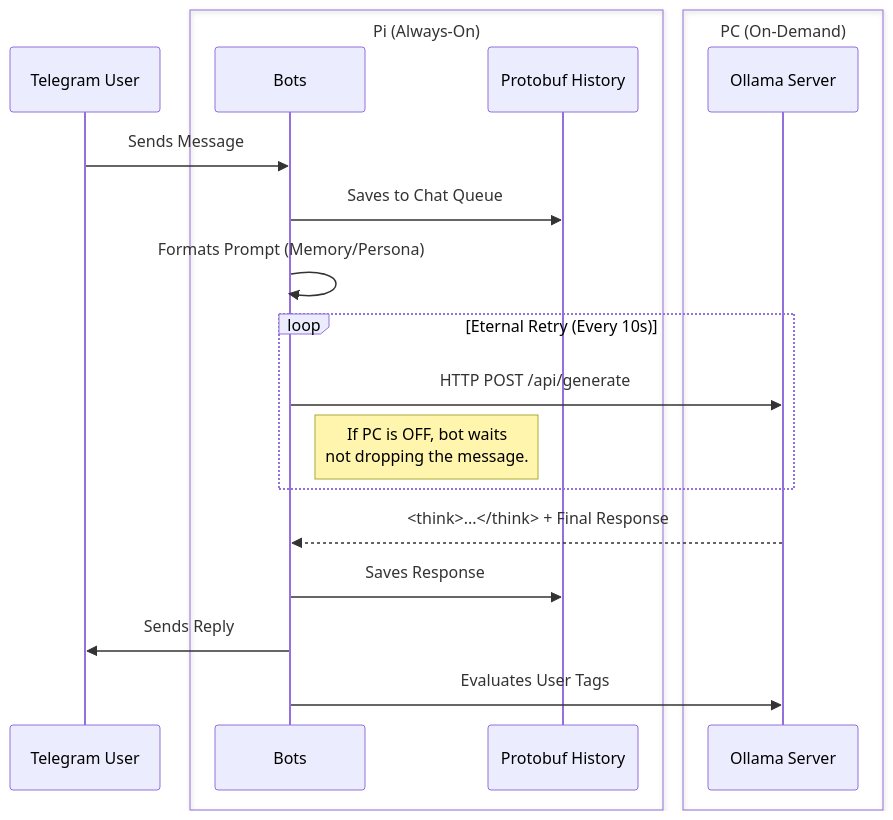
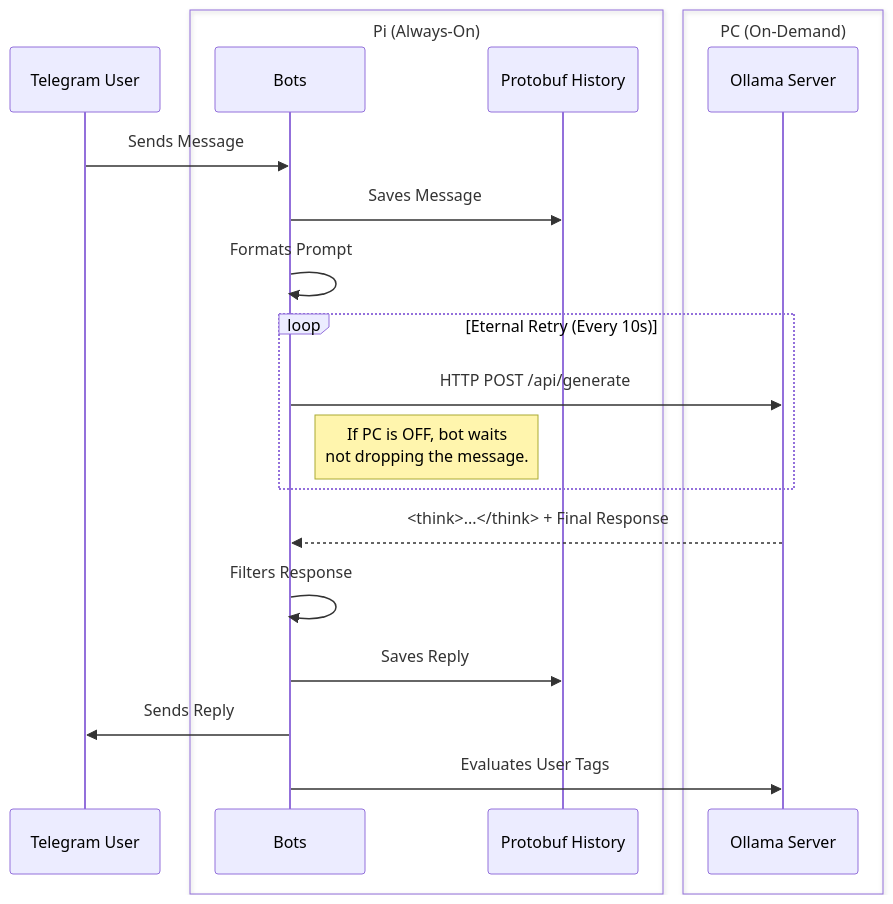
One commit to vadimfedulov101/tg-llm-multibot changed the diagram in README.md. Above: the diagram before and after it, drawn with Mermaid.

````diff
--- a/README.md
+++ b/README.md
@@ -16,23 +16,24 @@
 ```mermaid
 sequenceDiagram
     participant U as Telegram User
     box Pi (Always-On)
         participant B as Bots
         participant Q as Protobuf History
     end
     box PC (On-Demand)
         participant O as Ollama Server
     end
 
     U->>B: Sends Message
-    B->>Q: Saves to Chat Queue
-    B->>B: Formats Prompt (Memory/Persona)
+    B->>Q: Saves Message
+    B->>B: Formats Prompt
     loop Eternal Retry (Every 10s)
         B->>O: HTTP POST /api/generate
         note right of B: If PC is OFF, bot waits<br/>not dropping the message.
     end
     O-->>B: <think>...</think> + Final Response
-    B->>Q: Saves Response
+    B->>B: Filters Response
+    B->>Q: Saves Reply
     B->>U: Sends Reply
     B->>O: Evaluates User Tags
 ```
````
